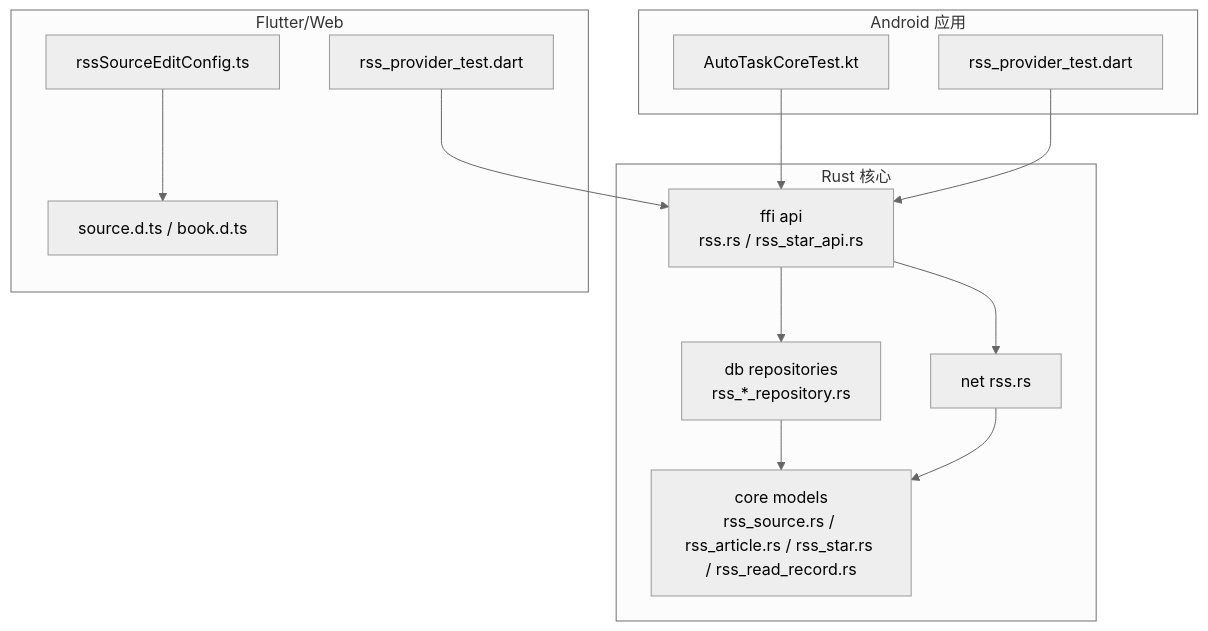
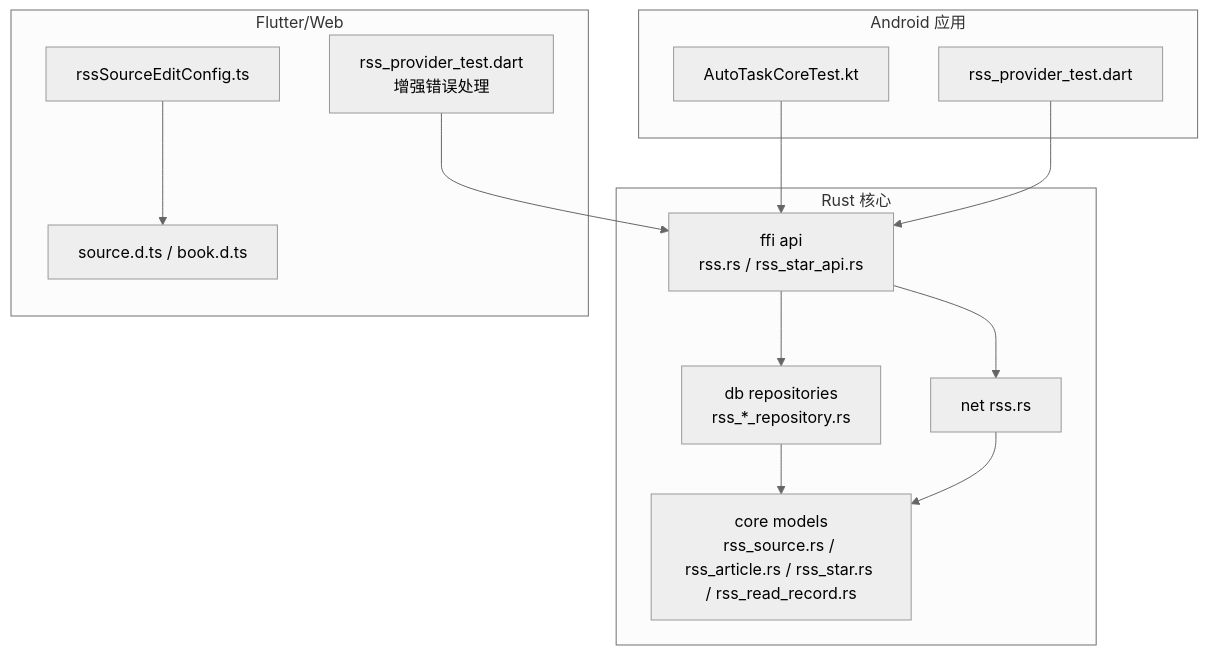
One commit to ZhangGHGitHub/LegadoTeamFlutter changed the first of 5 diagrams in .qoder/repowiki/zh/content/RSS订阅系统/RSS订阅系统.md. Above: the diagram before and after it, drawn with Mermaid (neutral theme). The commit also changed other lines of this file and 68 other files, not shown here.

````diff
--- a/.qoder/repowiki/zh/content/RSS订阅系统/RSS订阅系统.md
+++ b/.qoder/repowiki/zh/content/RSS订阅系统/RSS订阅系统.md
@@ -54,26 +55,26 @@
 ```mermaid
 graph TB
 subgraph "Android 应用"
 A_Test["AutoTaskCoreTest.kt"]
 F_Test["rss_provider_test.dart"]
 end
 subgraph "Rust 核心"
 C_Models["core models<br/>rss_source.rs / rss_article.rs / rss_star.rs / rss_read_record.rs"]
 DB_Repo["db repositories<br/>rss_*_repository.rs"]
 Net_RSS["net rss.rs"]
 FFI_API["ffi api<br/>rss.rs / rss_star_api.rs"]
 end
 subgraph "Flutter/Web"
-FE_Test["rss_provider_test.dart"]
+FE_Test["rss_provider_test.dart<br/>增强错误处理"]
 Web_Config["rssSourceEditConfig.ts"]
 TS_Def["source.d.ts / book.d.ts"]
 end
 A_Test --> FFI_API
 F_Test --> FFI_API
 FE_Test --> FFI_API
 FFI_API --> DB_Repo
 FFI_API --> Net_RSS
 DB_Repo --> C_Models
 Net_RSS --> C_Models
 Web_Config --> TS_Def
 ```
````
